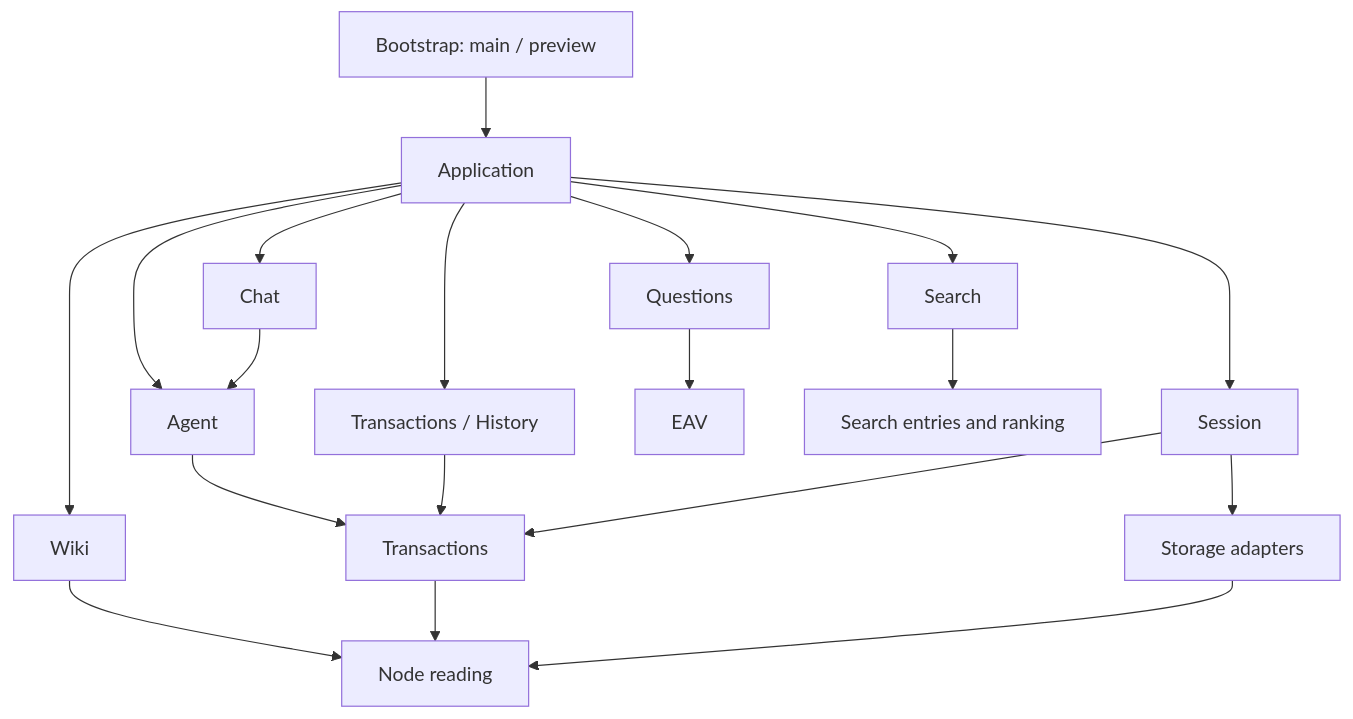
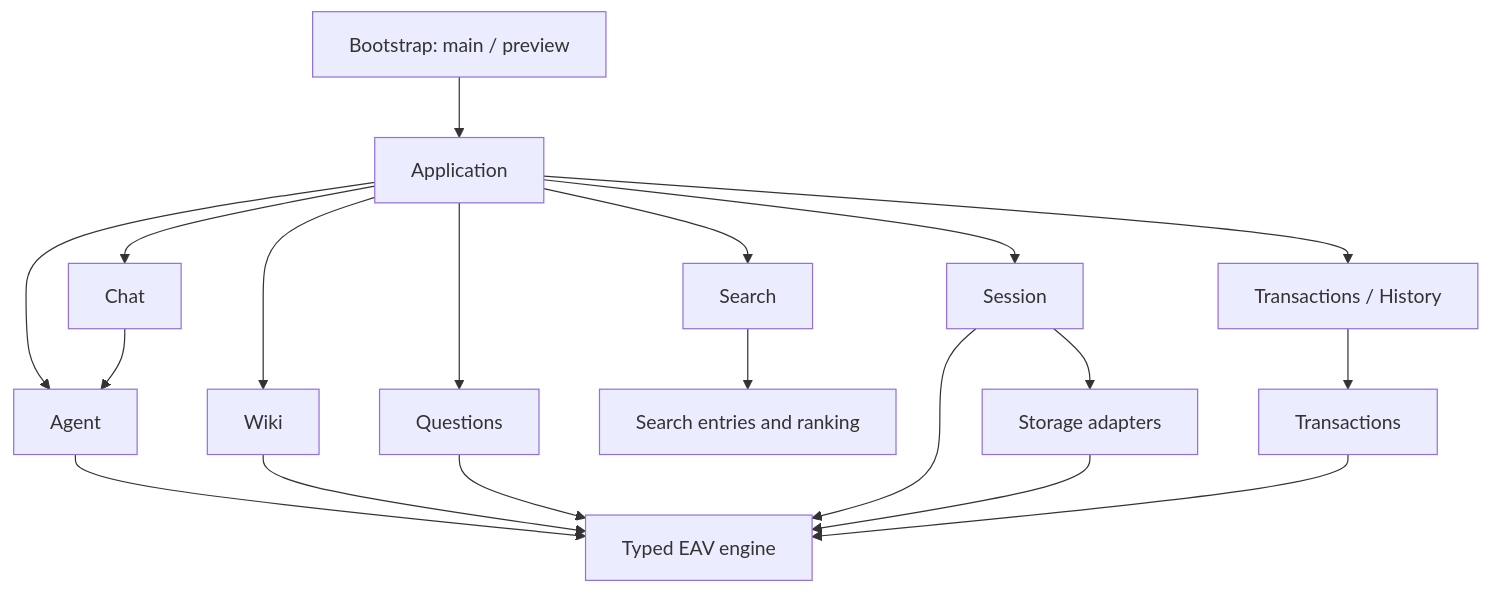
The first of 2 diagrams in ARCHITECTURE.md (JimLundin/vaulter), drawn with Mermaid before and after one commit. The commit also changed other lines of this file and 267 other files, not shown here.

Commit message:
Complete EAV-only storage and owner data model adoption

````diff
--- a/ARCHITECTURE.md
+++ b/ARCHITECTURE.md
@@ -8,21 +8,21 @@
 ```mermaid
 flowchart TD
   Bootstrap[Bootstrap: main / preview] --> Application
   Application --> Agent
   Application --> Chat
   Application --> Wiki
   Application --> Questions
   Application --> Search
   Application --> Session
   Application --> History[Transactions / History]
   Chat --> Agent
-  Agent --> Transactions
+  Agent --> EAV
   Questions --> EAV
-  Wiki --> Nodes[Node reading]
+  Wiki --> EAV[Typed EAV engine]
   History --> Transactions
-  Transactions --> Nodes
-  Session --> Transactions
+  Transactions --> EAV
+  Session --> EAV
   Session --> Storage[Storage adapters]
-  Storage --> Nodes
+  Storage --> EAV
   Search --> Entries[Search entries and ranking]
 ```
````
